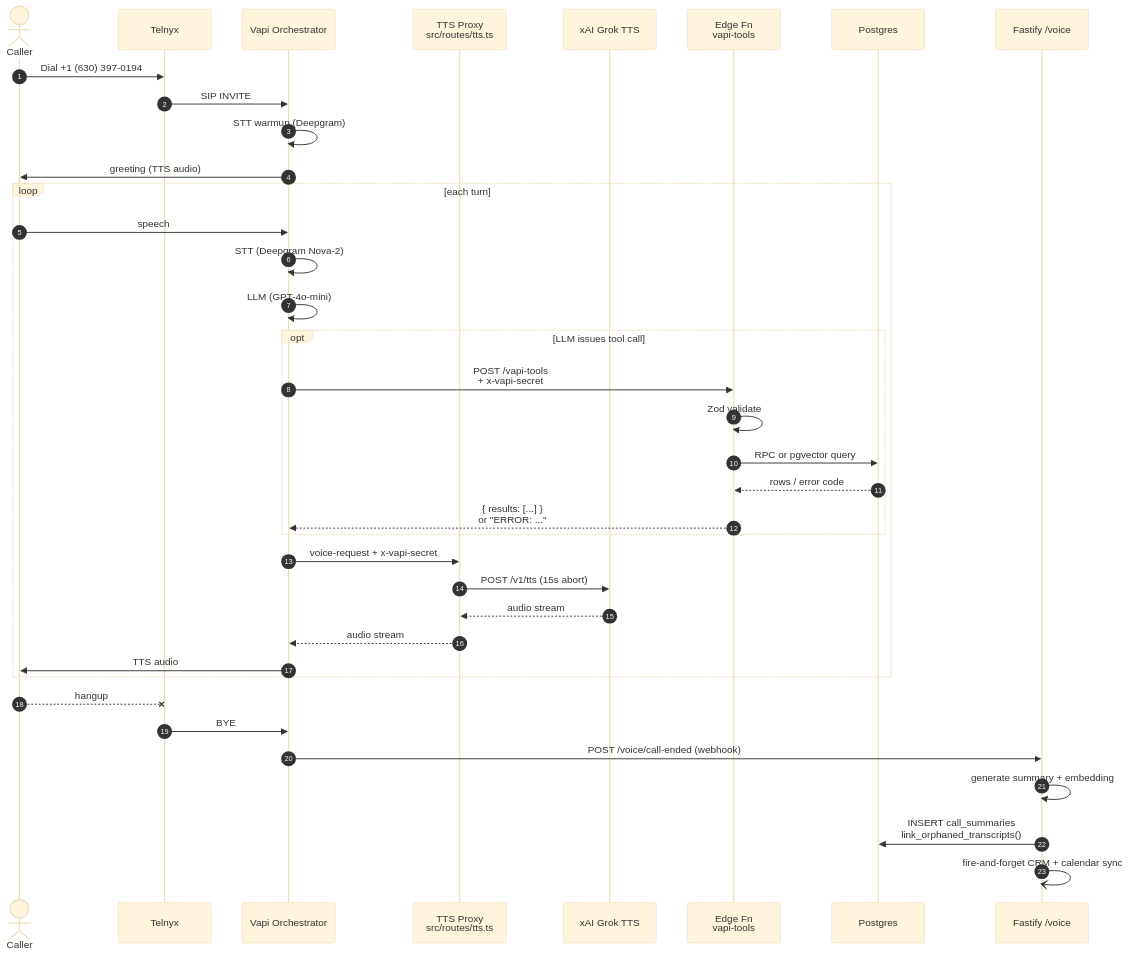
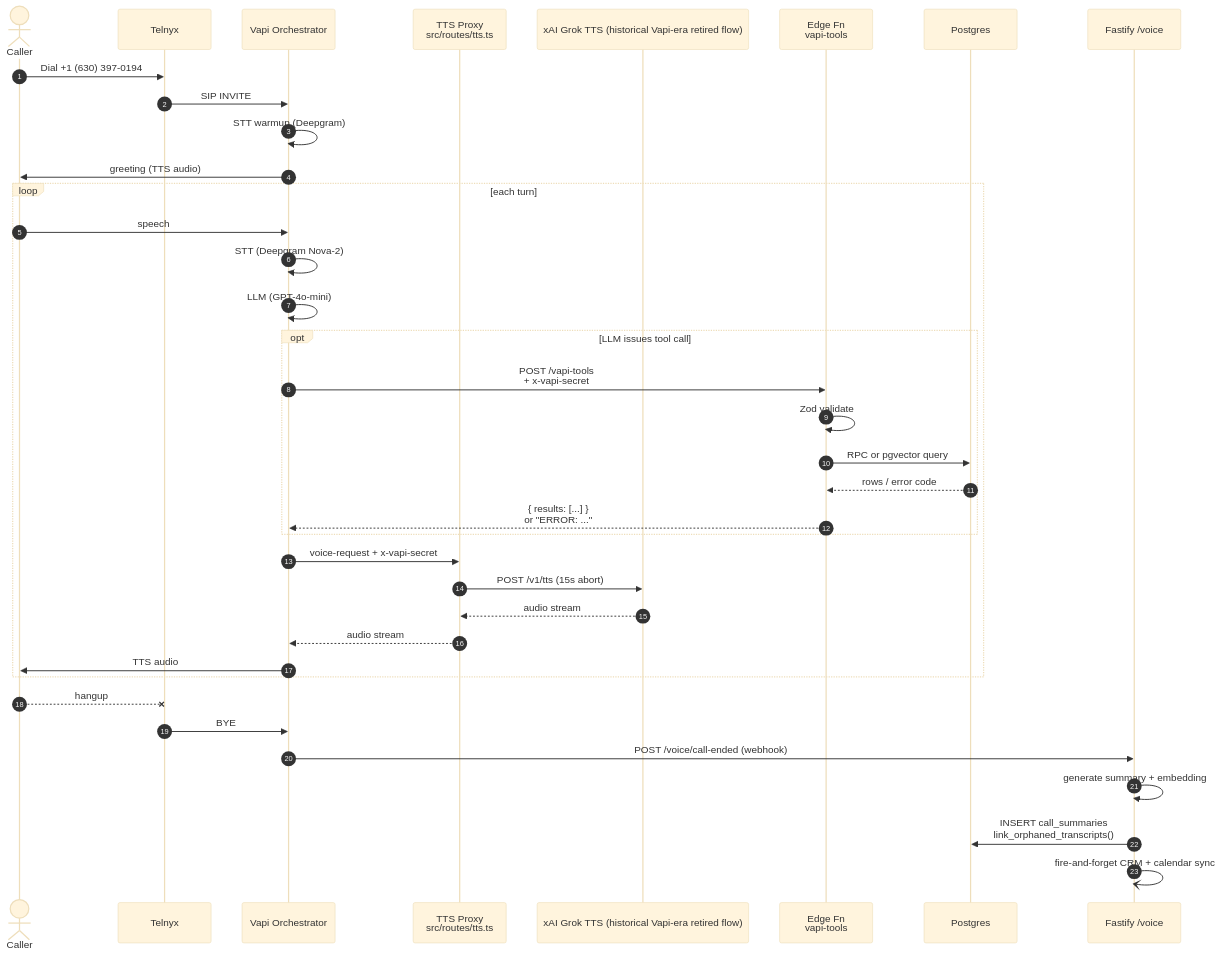
The fourth of 11 diagrams in docs/DIAGRAMS.md (ddemott/ai-sec), drawn with Mermaid (base theme) before and after one commit. The commit also changed other lines of this file and 26 other files, not shown here.

First line of the commit message:
docs: voice agent playbook + sync md/diagrams to OpenAI-TTS state & correct counts (#111)

````diff
--- a/docs/DIAGRAMS.md
+++ b/docs/DIAGRAMS.md
@@ -276,42 +276,42 @@
 ```mermaid
 sequenceDiagram
   autonumber
   actor Caller
   participant Telnyx
   participant Vapi as Vapi Orchestrator
   participant TTS as TTS Proxy<br/>src/routes/tts.ts
-  participant XAI as xAI Grok TTS
+  participant XAI as xAI Grok TTS (historical Vapi-era retired flow)
   participant Edge as Edge Fn<br/>vapi-tools
   participant DB as Postgres
   participant API as Fastify /voice
 
   Caller->>Telnyx: Dial +1 (630) 397-0194
   Telnyx->>Vapi: SIP INVITE
   Vapi->>Vapi: STT warmup (Deepgram)
   Vapi->>Caller: greeting (TTS audio)
 
   loop each turn
     Caller->>Vapi: speech
     Vapi->>Vapi: STT (Deepgram Nova-2)
     Vapi->>Vapi: LLM (GPT-4o-mini)
     opt LLM issues tool call
       Vapi->>Edge: POST /vapi-tools<br/>+ x-vapi-secret
       Edge->>Edge: Zod validate
       Edge->>DB: RPC or pgvector query
       DB-->>Edge: rows / error code
       Edge-->>Vapi: { results: [...] }<br/>or "ERROR: ..."
     end
     Vapi->>TTS: voice-request + x-vapi-secret
     TTS->>XAI: POST /v1/tts (15s abort)
     XAI-->>TTS: audio stream
     TTS-->>Vapi: audio stream
     Vapi->>Caller: TTS audio
   end
 
   Caller--xTelnyx: hangup
   Telnyx->>Vapi: BYE
   Vapi->>API: POST /voice/call-ended (webhook)
   API->>API: generate summary + embedding
   API->>DB: INSERT call_summaries<br/>link_orphaned_transcripts()
   API-)API: fire-and-forget CRM + calendar sync
 ```
````
